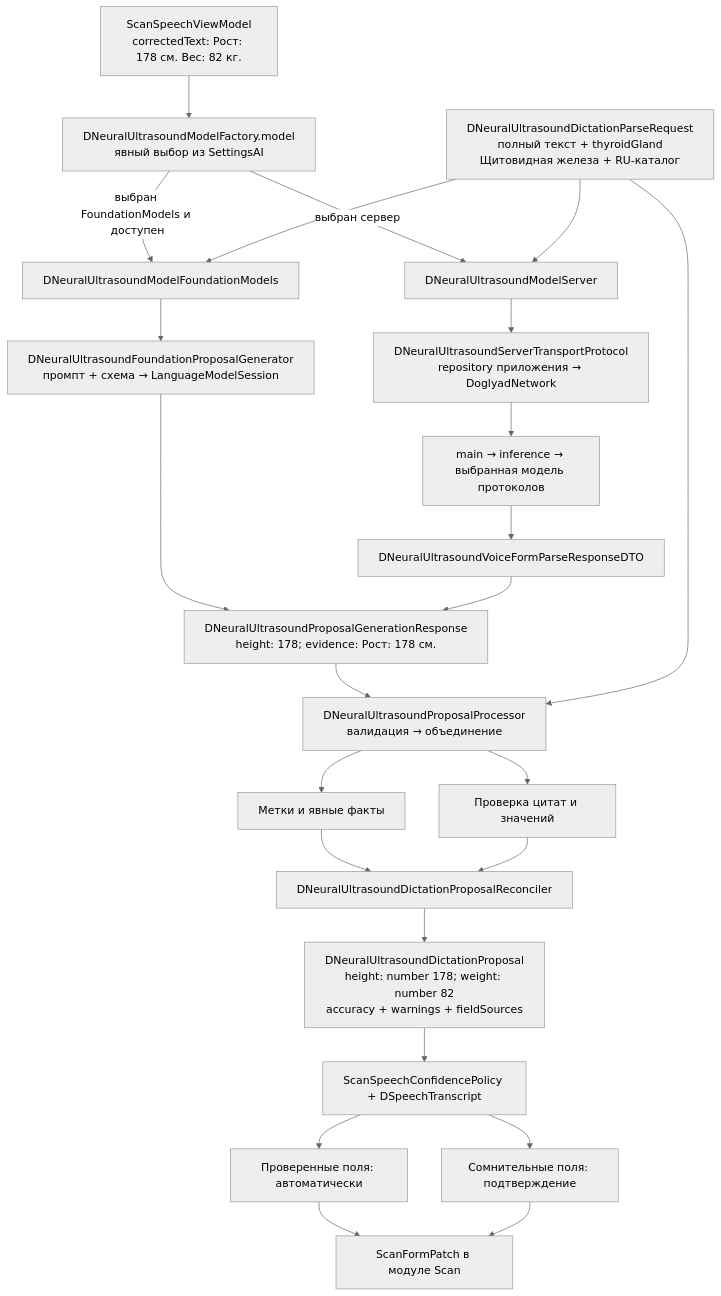
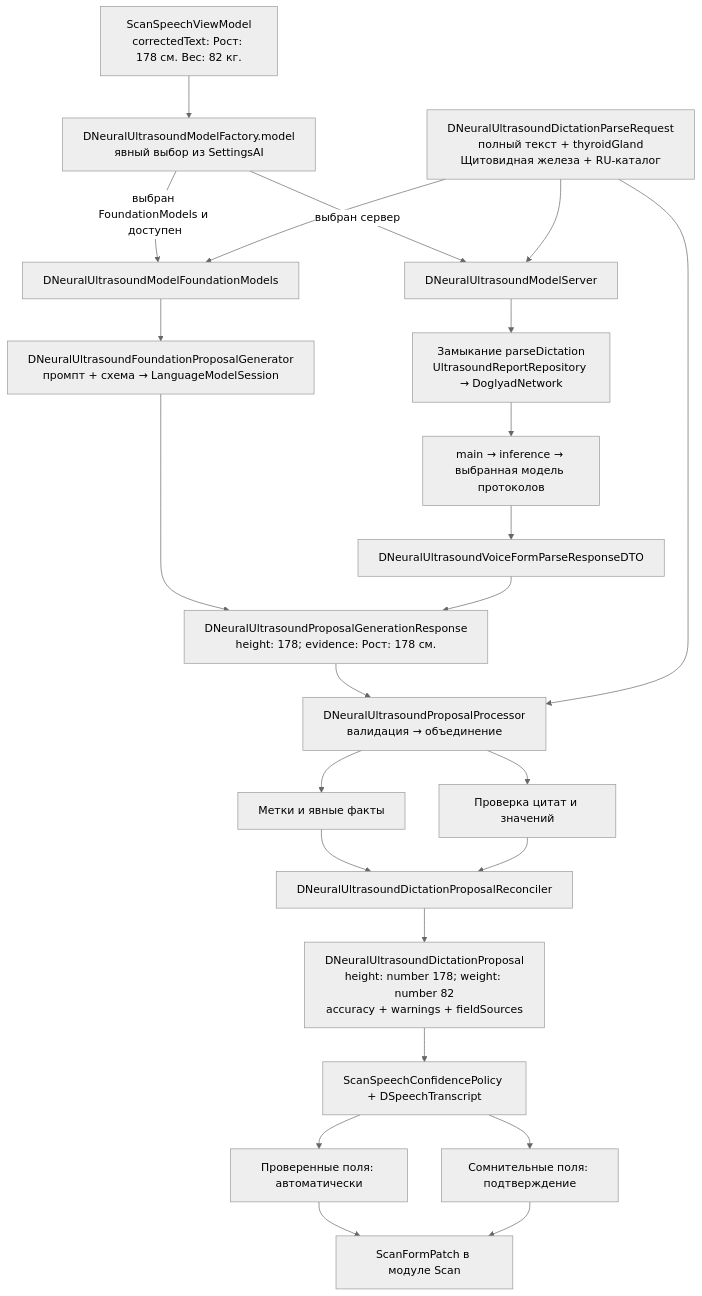
The second of 8 diagrams in ios/DoglyadNeuralModel/README.md (ivangalkindeveloper/DoglyadAI), drawn with Mermaid (neutral theme) before and after one commit. The commit also changed other lines of this file and 1228 other files, not shown here.

````diff
--- a/ios/DoglyadNeuralModel/README.md
+++ b/ios/DoglyadNeuralModel/README.md
@@ -60,26 +60,26 @@
 ```mermaid
 flowchart TD
     App["ScanSpeechViewModel<br/>correctedText: Рост: 178 см. Вес: 82 кг."] --> Factory["DNeuralUltrasoundModelFactory.model<br/>явный выбор из SettingsAI"]
     Factory -->|"выбран FoundationModels и доступен"| FM[DNeuralUltrasoundModelFoundationModels]
     Factory -->|"выбран сервер"| Server[DNeuralUltrasoundModelServer]
     FM --> Generator["DNeuralUltrasoundFoundationProposalGenerator<br/>промпт + схема → LanguageModelSession"]
-    Server --> Transport["DNeuralUltrasoundServerTransportProtocol<br/>repository приложения → DoglyadNetwork"]
+    Server --> Transport["Замыкание parseDictation<br/>UltrasoundReportRepository → DoglyadNetwork"]
     Transport --> Backend[main → inference → выбранная модель протоколов]
     Generator --> Raw["DNeuralUltrasoundProposalGenerationResponse<br/>height: 178; evidence: Рост: 178 см."]
     Backend --> DTO[DNeuralUltrasoundVoiceFormParseResponseDTO]
     DTO --> Raw
     Raw --> Processor["DNeuralUltrasoundProposalProcessor<br/>валидация → объединение"]
     Request["DNeuralUltrasoundDictationParseRequest<br/>полный текст + thyroidGland<br/>Щитовидная железа + RU-каталог"] --> FM
     Request --> Server
     Request --> Processor
     Processor --> Labels[Метки и явные факты]
     Labels --> Reconcile[DNeuralUltrasoundDictationProposalReconciler]
     Processor --> Validation[Проверка цитат и значений]
     Validation --> Reconcile
     Reconcile --> Result["DNeuralUltrasoundDictationProposal<br/>height: number 178; weight: number 82<br/>accuracy + warnings + fieldSources"]
     Result --> Policy[ScanSpeechConfidencePolicy + DSpeechTranscript]
     Policy --> Auto[Проверенные поля: автоматически]
     Policy --> Review[Сомнительные поля: подтверждение]
     Auto --> Scan[ScanFormPatch в модуле Scan]
     Review --> Scan
 ```
````
